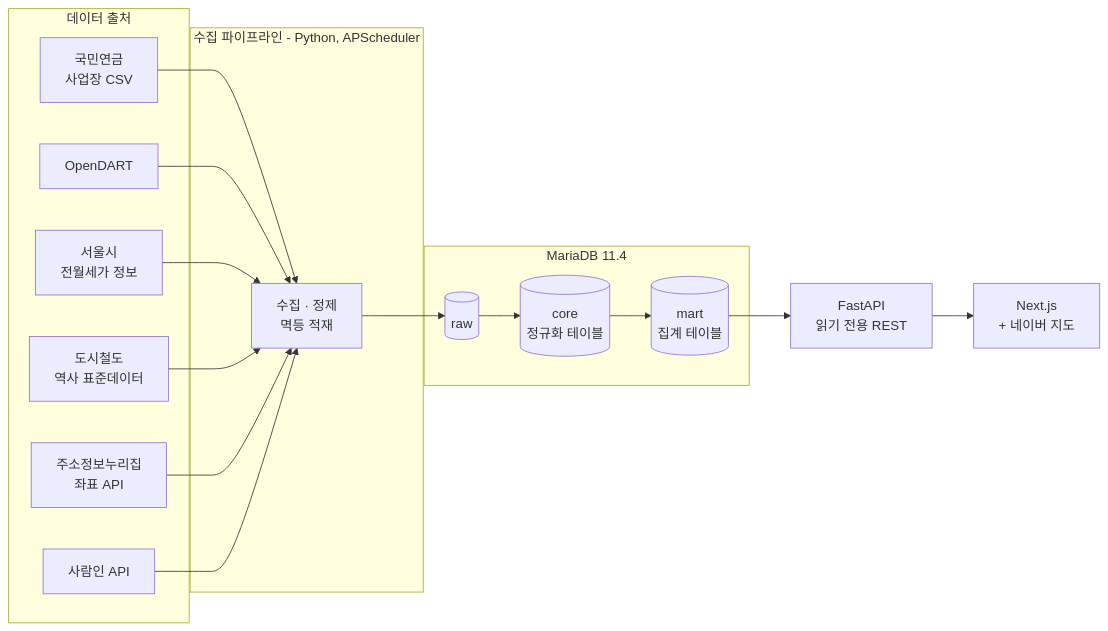
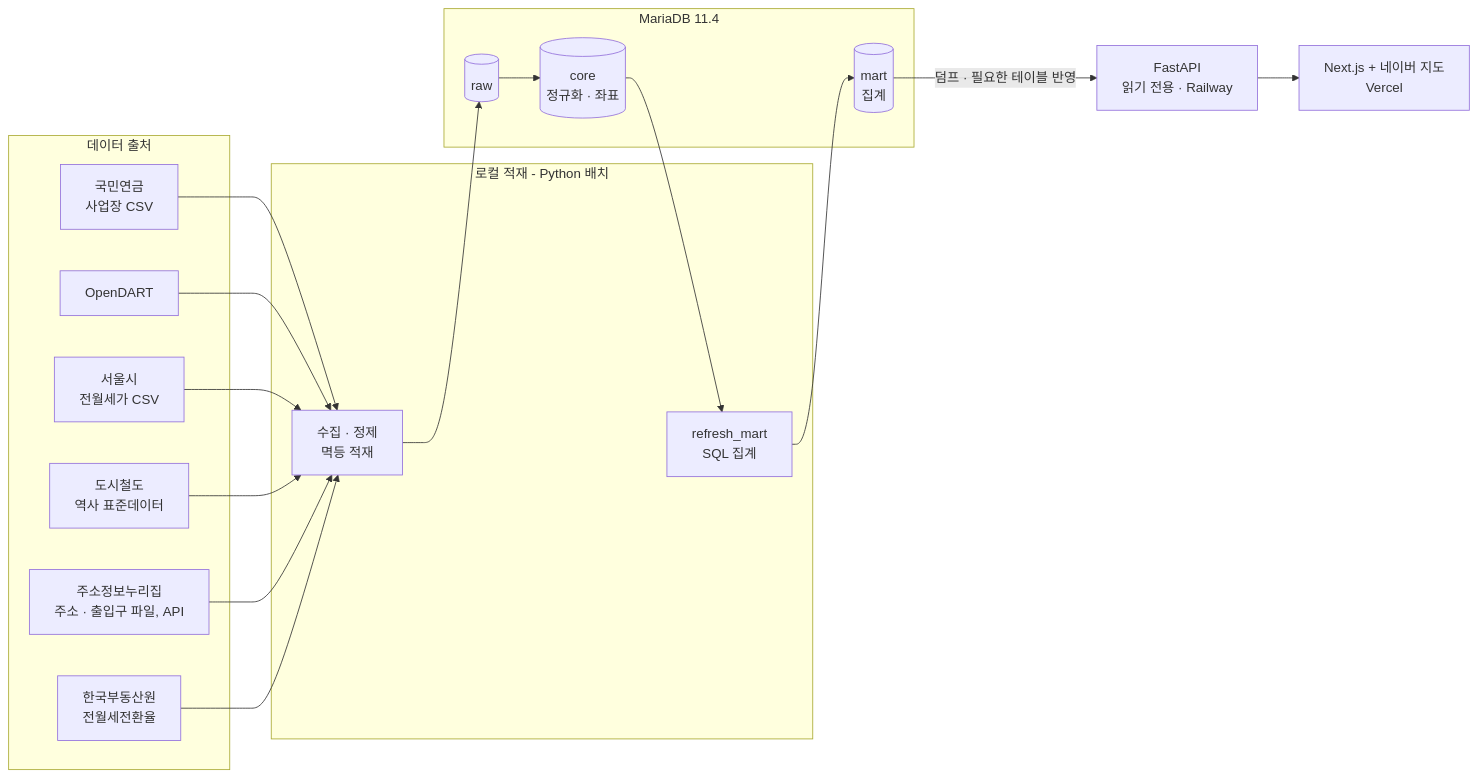
Before and after one commit to ssklpp/worth-joining: the diagram in README.md, drawn with Mermaid. The commit also changed other lines of this file and 3 other files, not shown here.

````diff
--- a/README.md
+++ b/README.md
@@ -130,28 +110,29 @@
 ```mermaid
 flowchart LR
   subgraph Sources[데이터 출처]
     NPS[국민연금<br/>사업장 CSV]
     DART[OpenDART]
-    RENT[서울시<br/>전월세가 정보]
+    RENT[서울시<br/>전월세가 CSV]
     STN[도시철도<br/>역사 표준데이터]
-    JUSO[주소정보누리집<br/>좌표 API]
-    SRM[사람인 API]
+    JUSO[주소정보누리집<br/>주소 · 출입구 파일, API]
+    REB[한국부동산원<br/>전월세전환율]
   end
 
-  subgraph Pipeline[수집 파이프라인 - Python, APScheduler]
+  subgraph Local[로컬 적재 - Python 배치]
     COL[수집 · 정제<br/>멱등 적재]
+    MARTJOB[refresh_mart<br/>SQL 집계]
   end
 
   subgraph DB[MariaDB 11.4]
     RAW[(raw)]
-    CORE[(core<br/>정규화 테이블)]
-    MART[(mart<br/>집계 테이블)]
+    CORE[(core<br/>정규화 · 좌표)]
+    MART[(mart<br/>집계)]
   end
 
-  API[FastAPI<br/>읽기 전용 REST]
-  WEB[Next.js<br/>+ 네이버 지도]
+  API[FastAPI<br/>읽기 전용 · Railway]
+  WEB[Next.js + 네이버 지도<br/>Vercel]
 
-  NPS & DART & RENT & STN & JUSO & SRM --> COL
-  COL --> RAW --> CORE --> MART
-  MART --> API --> WEB
+  NPS & DART & RENT & STN & JUSO & REB --> COL
+  COL --> RAW --> CORE --> MARTJOB --> MART
+  MART -->|덤프 · 필요한 테이블 반영| API --> WEB
 ```
````
